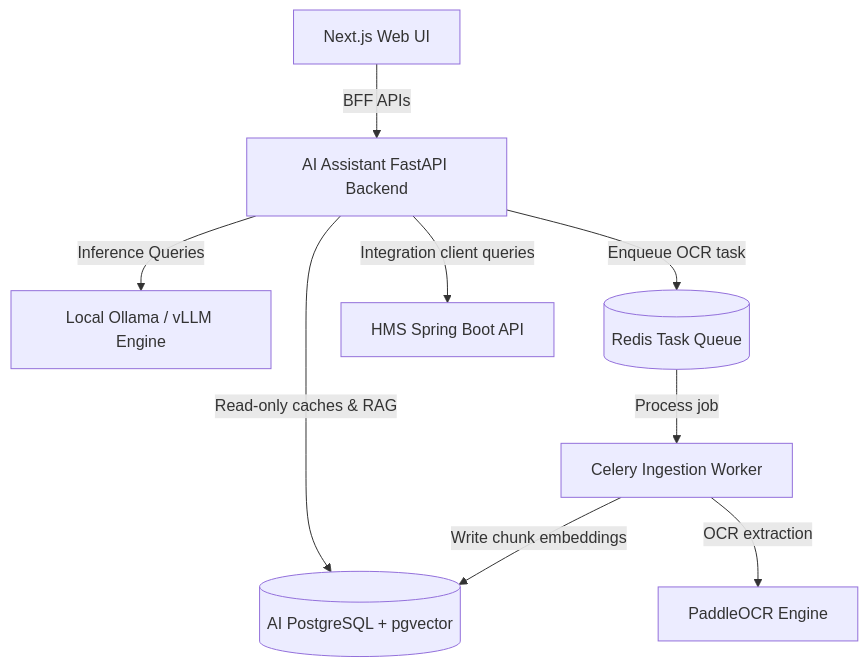
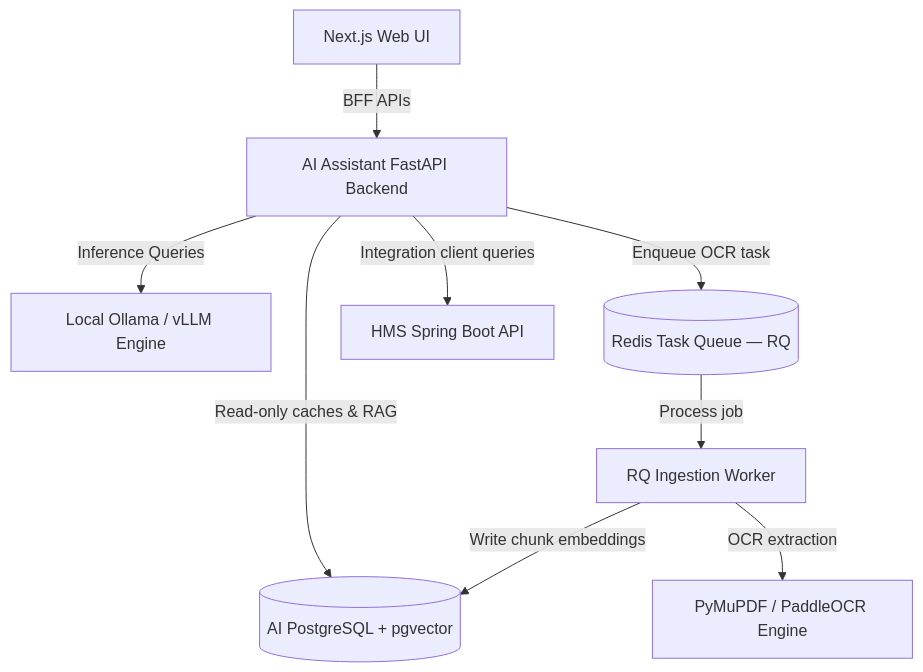
One commit to qwan30/chat-hospital-system changed the first of 2 diagrams in docs/04-architecture/architecture.md. Above: the diagram before and after it, drawn with Mermaid. The commit also changed other lines of this file and 125 other files, not shown here.

````diff
--- a/docs/04-architecture/architecture.md
+++ b/docs/04-architecture/architecture.md
@@ -24,11 +24,11 @@
 ```mermaid
 flowchart TD
     UI[Next.js Web UI] -->|BFF APIs| BFF[AI Assistant FastAPI Backend]
     BFF -->|Read-only caches & RAG| PG[(AI PostgreSQL + pgvector)]
     BFF -->|Inference Queries| LLM[Local Ollama / vLLM Engine]
-    BFF -->|Enqueue OCR task| Redis[(Redis Task Queue)]
-    Redis -->|Process job| Worker[Celery Ingestion Worker]
-    Worker -->|OCR extraction| OCR[PaddleOCR Engine]
+    BFF -->|Enqueue OCR task| Redis[(Redis Task Queue — RQ)]
+    Redis -->|Process job| Worker[RQ Ingestion Worker]
+    Worker -->|OCR extraction| OCR[PyMuPDF / PaddleOCR Engine]
     Worker -->|Write chunk embeddings| PG
     BFF -->|Integration client queries| HMS[HMS Spring Boot API]
 ```
````
